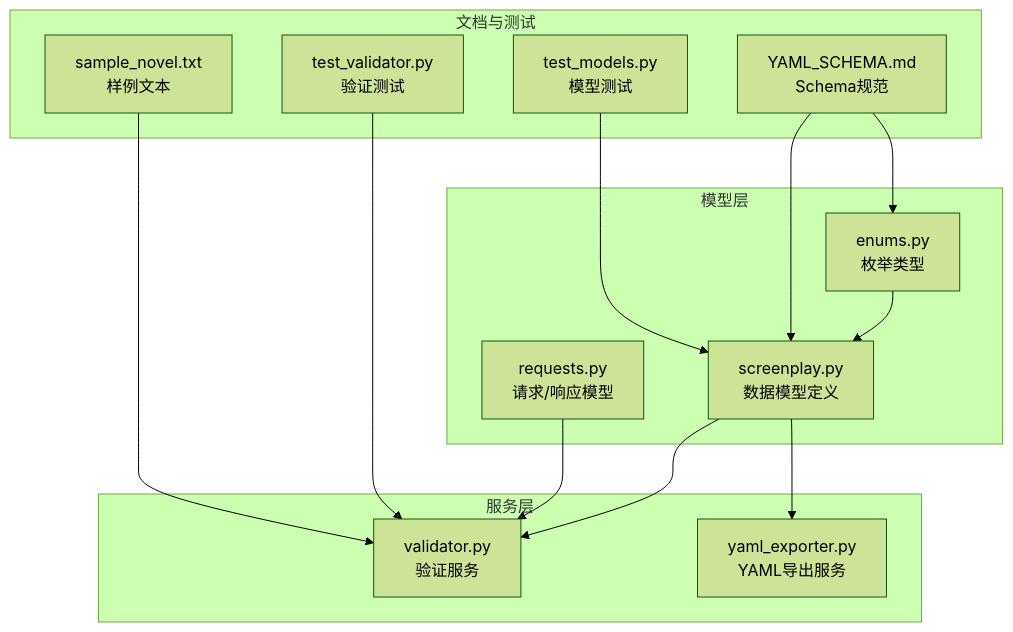
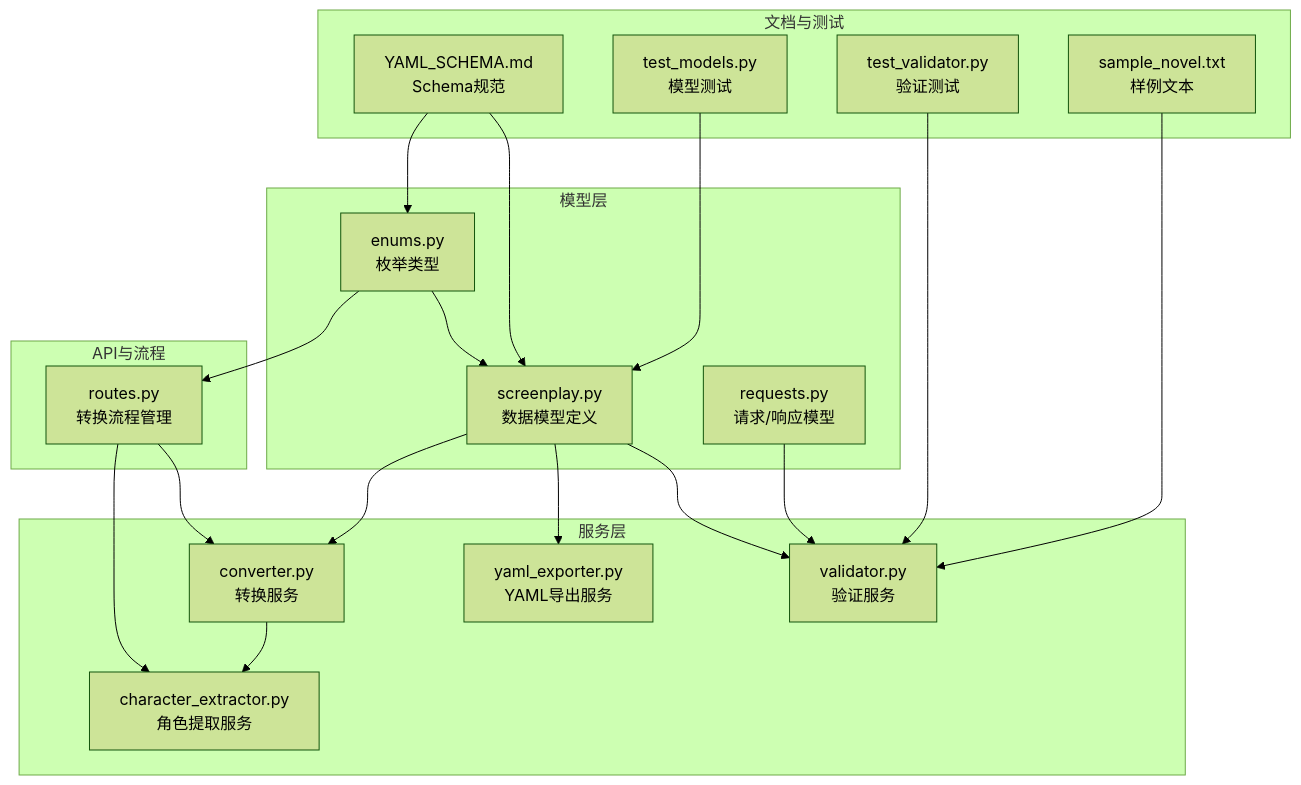
One commit to tjujingzong/Novel-to-Screenplay changed the first of 4 diagrams in .qoder/repowiki/zh/content/数据模型设计/数据模型设计.md. Above: the diagram before and after it, drawn with Mermaid (forest theme). The commit also changed other lines of this file and 6 other files, not shown here.

````diff
--- a/.qoder/repowiki/zh/content/数据模型设计/数据模型设计.md
+++ b/.qoder/repowiki/zh/content/数据模型设计/数据模型设计.md
@@ -39,27 +52,37 @@
 ```mermaid
 graph TB
 subgraph "模型层"
 M1["screenplay.py<br/>数据模型定义"]
 M2["enums.py<br/>枚举类型"]
 M3["requests.py<br/>请求/响应模型"]
 end
 subgraph "服务层"
 S1["validator.py<br/>验证服务"]
 S2["yaml_exporter.py<br/>YAML导出服务"]
+S3["converter.py<br/>转换服务"]
+S4["character_extractor.py<br/>角色提取服务"]
+end
+subgraph "API与流程"
+A1["routes.py<br/>转换流程管理"]
 end
 subgraph "文档与测试"
 D1["YAML_SCHEMA.md<br/>Schema规范"]
 T1["test_models.py<br/>模型测试"]
 T2["test_validator.py<br/>验证测试"]
 F1["sample_novel.txt<br/>样例文本"]
 end
 M1 --> S1
 M1 --> S2
+M1 --> S3
 M2 --> M1
+M2 --> A1
 M3 --> S1
+S3 --> S4
+A1 --> S3
+A1 --> S4
 D1 --> M1
 D1 --> M2
 T1 --> M1
 T2 --> S1
 F1 --> S1
 ```
````
